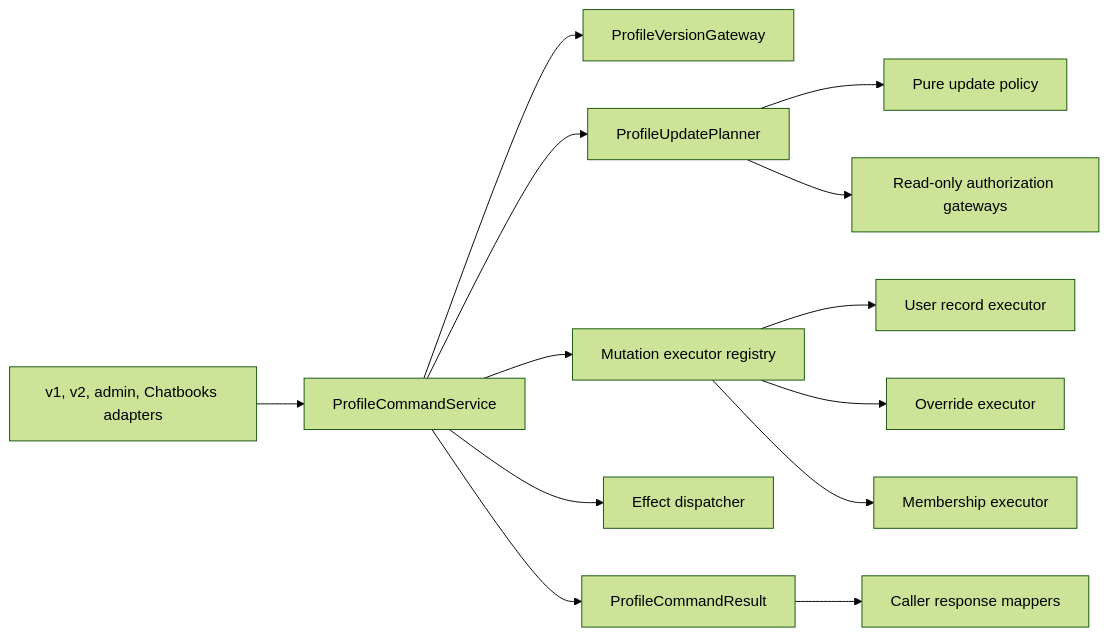
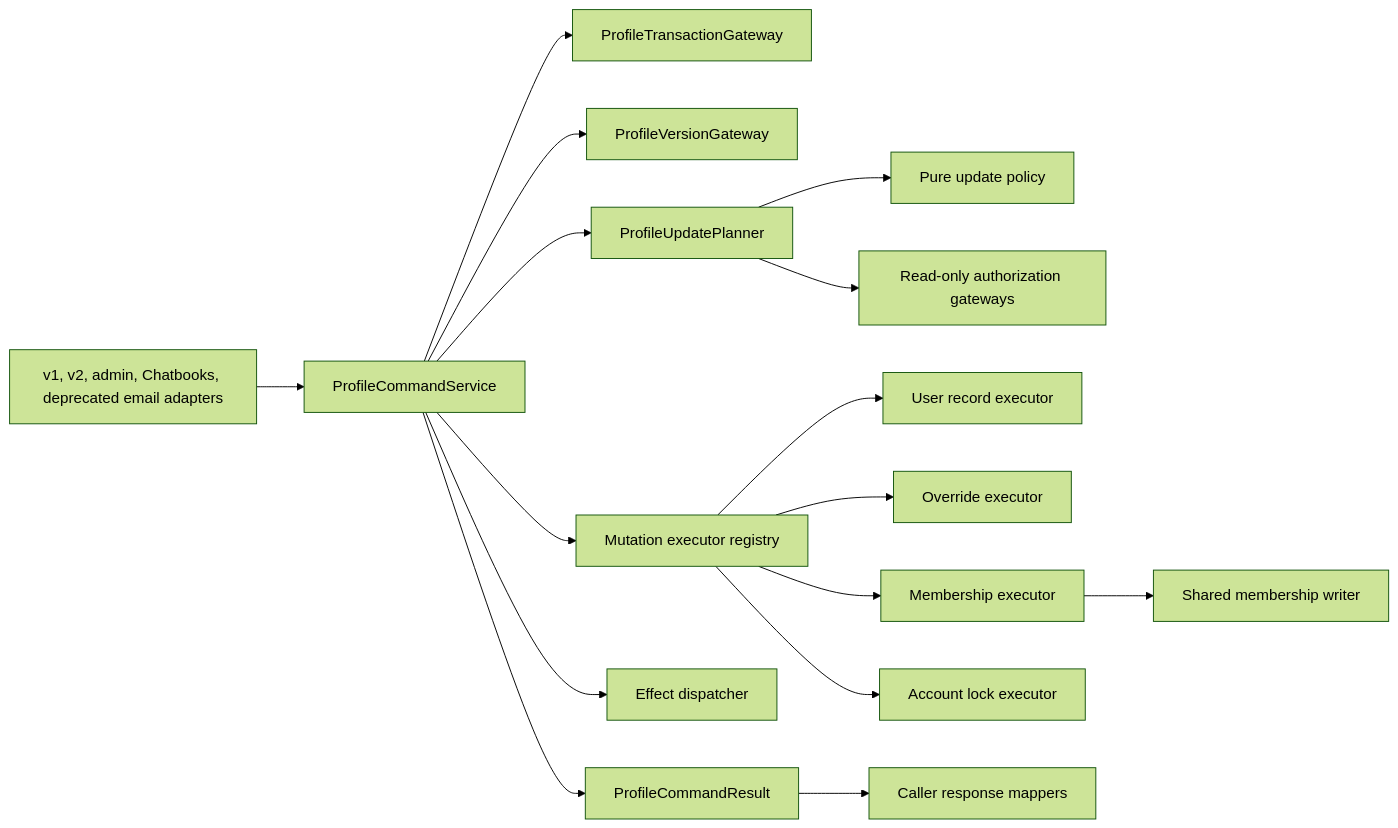
One commit to rmusser01/tldw_server changed the diagram in Docs/superpowers/specs/2026-07-20-userprofiles-single-update-pipeline-stage2-design.md. Above: the diagram before and after it, drawn with Mermaid (forest theme). The commit also changed other lines of this file and 1 other file, not shown here.

````diff
--- a/Docs/superpowers/specs/2026-07-20-userprofiles-single-update-pipeline-stage2-design.md
+++ b/Docs/superpowers/specs/2026-07-20-userprofiles-single-update-pipeline-stage2-design.md
@@ -83,15 +103,18 @@
 ```mermaid
 flowchart LR
-    A["v1, v2, admin, Chatbooks adapters"] --> C["ProfileCommandService"]
+    A["v1, v2, admin, Chatbooks, deprecated email adapters"] --> C["ProfileCommandService"]
+    C --> T["ProfileTransactionGateway"]
     C --> V["ProfileVersionGateway"]
     C --> P["ProfileUpdatePlanner"]
     P --> U["Pure update policy"]
     P --> G["Read-only authorization gateways"]
     C --> X["Mutation executor registry"]
     X --> R1["User record executor"]
     X --> R2["Override executor"]
     X --> R3["Membership executor"]
+    X --> R4["Account lock executor"]
+    R3 --> W["Shared membership writer"]
     C --> E["Effect dispatcher"]
     C --> D["ProfileCommandResult"]
     D --> M["Caller response mappers"]
 ```
````
